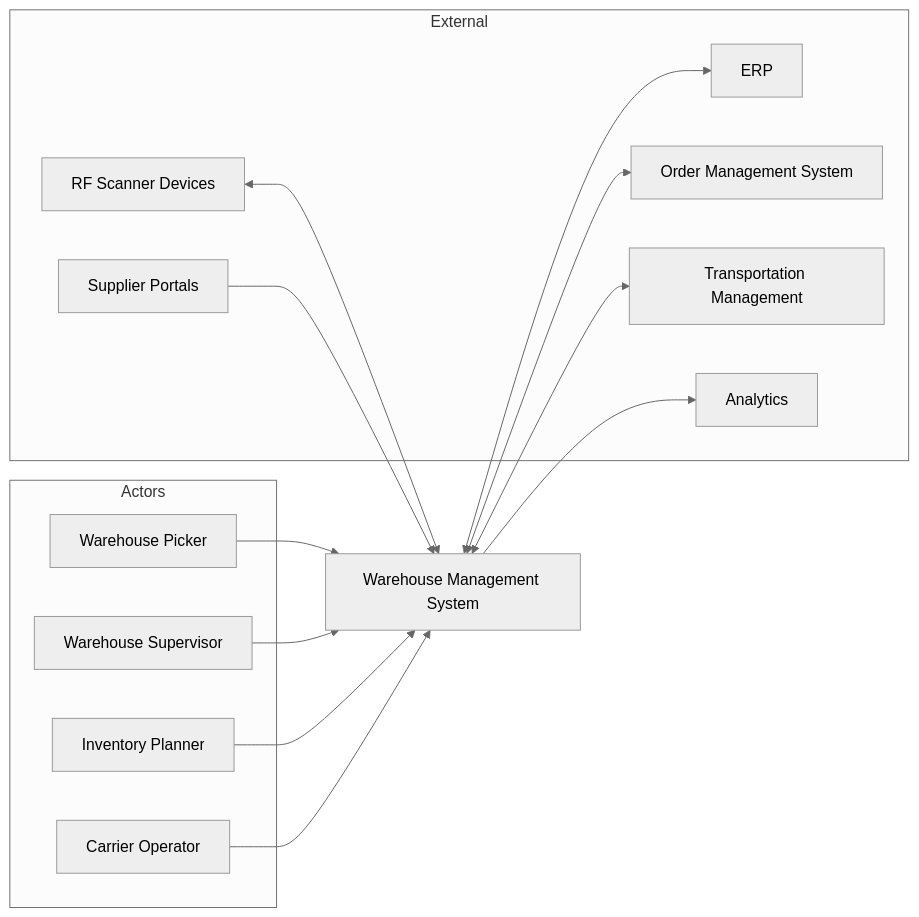
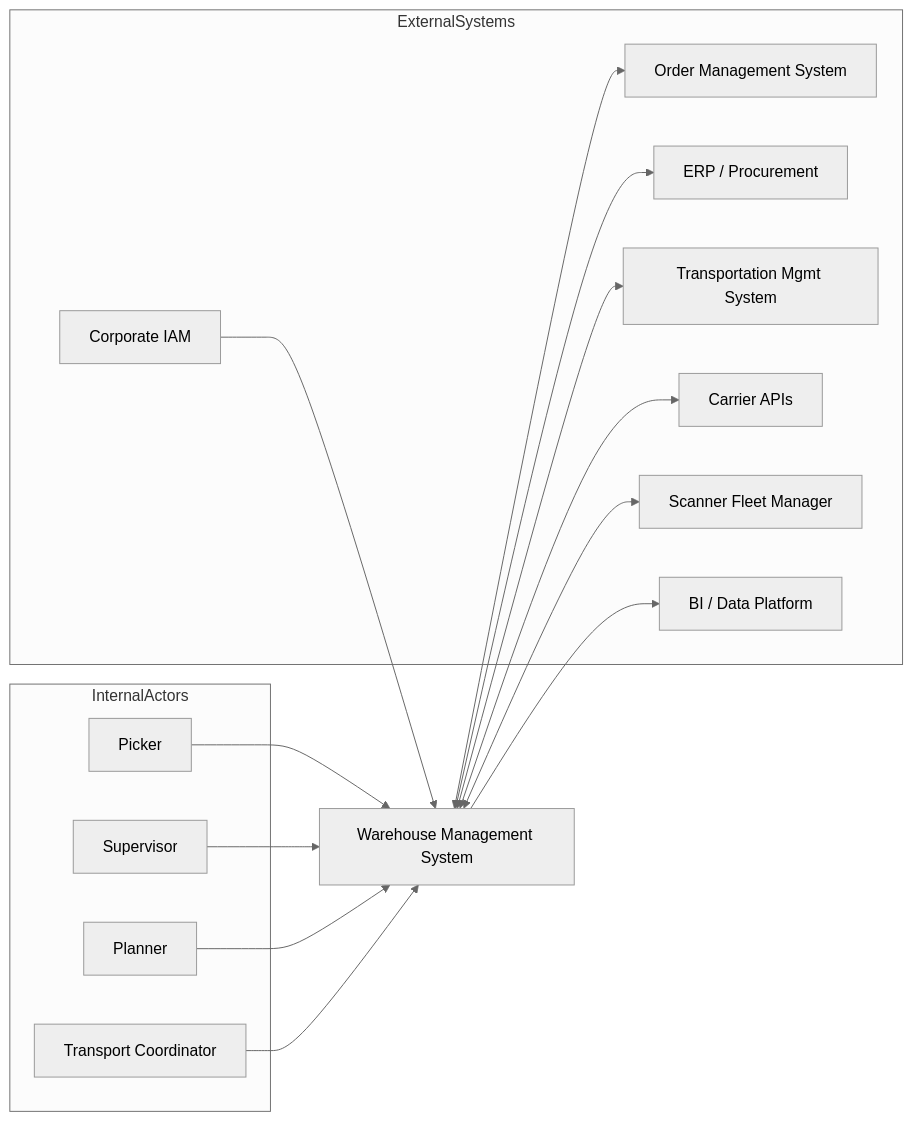
Before and after one commit to 0Ankit0/Project-Ideas: the diagram in Warehouse Management System/analysis/system-context-diagram.md, drawn with Mermaid (neutral theme). The commit also changed other lines of this file and 38 other files, not shown here.

Commit message:
Deepen WMS event, data dictionary, and edge-case coverage

````diff
--- a/Warehouse Management System/analysis/system-context-diagram.md
+++ b/Warehouse Management System/analysis/system-context-diagram.md
@@ -3,32 +3,34 @@
 ```mermaid
 flowchart LR
-    subgraph Actors
-      Picker[Warehouse Picker]
-      Supervisor[Warehouse Supervisor]
-      Planner[Inventory Planner]
-      Carrier[Carrier Operator]
+    subgraph InternalActors
+      Picker[Picker]
+      Supervisor[Supervisor]
+      Planner[Planner]
+      Transport[Transport Coordinator]
     end
 
     WMS[Warehouse Management System]
 
-    subgraph External
-      ERP[ERP]
+    subgraph ExternalSystems
       OMS[Order Management System]
-      TMS[Transportation Management]
-      Scanner[RF Scanner Devices]
-      BI[Analytics]
-      Vendor[Supplier Portals]
+      ERP[ERP / Procurement]
+      TMS[Transportation Mgmt System]
+      CARR[Carrier APIs]
+      SCN[Scanner Fleet Manager]
+      BI[BI / Data Platform]
+      IAM[Corporate IAM]
     end
 
     Picker --> WMS
     Supervisor --> WMS
     Planner --> WMS
-    Carrier --> WMS
+    Transport --> WMS
 
+    WMS <--> OMS
     WMS <--> ERP
-    WMS <--> OMS
     WMS <--> TMS
-    Scanner <--> WMS
+    WMS <--> CARR
+    WMS <--> SCN
     WMS --> BI
-    Vendor --> WMS
+    IAM --> WMS
 ```
````
